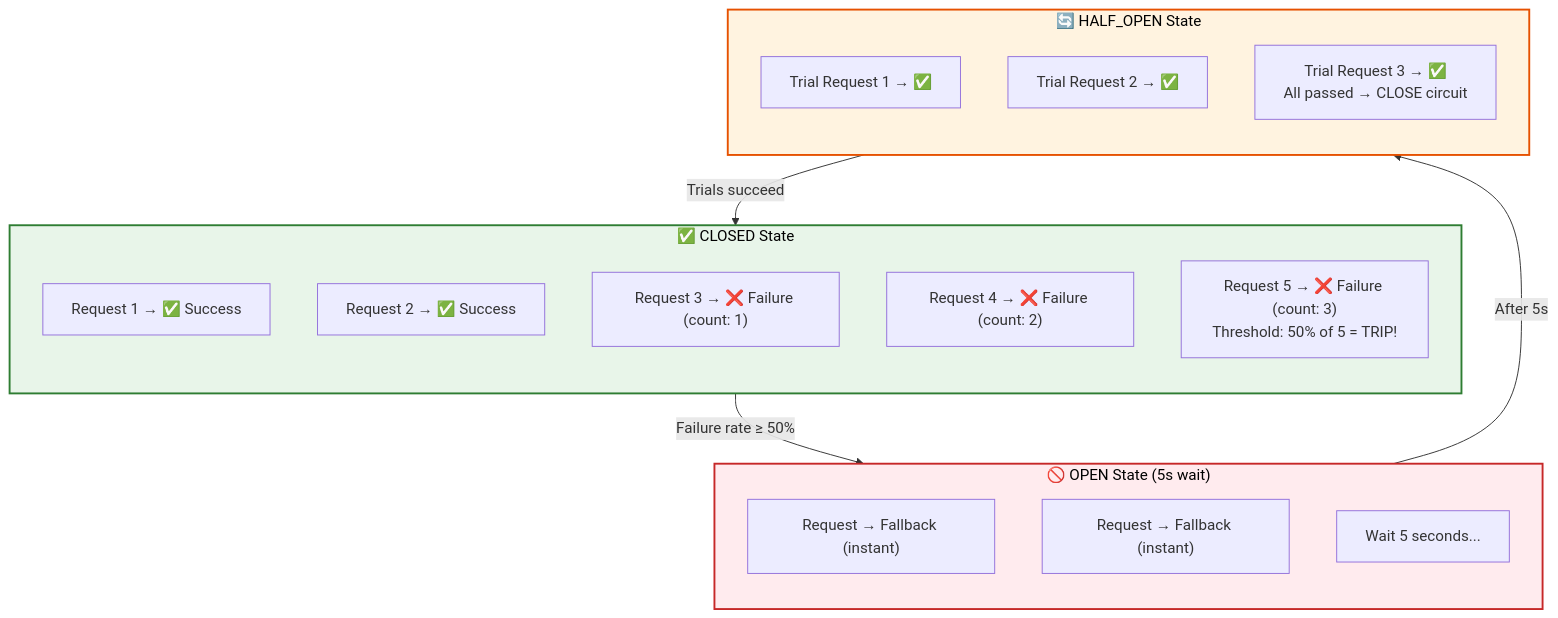
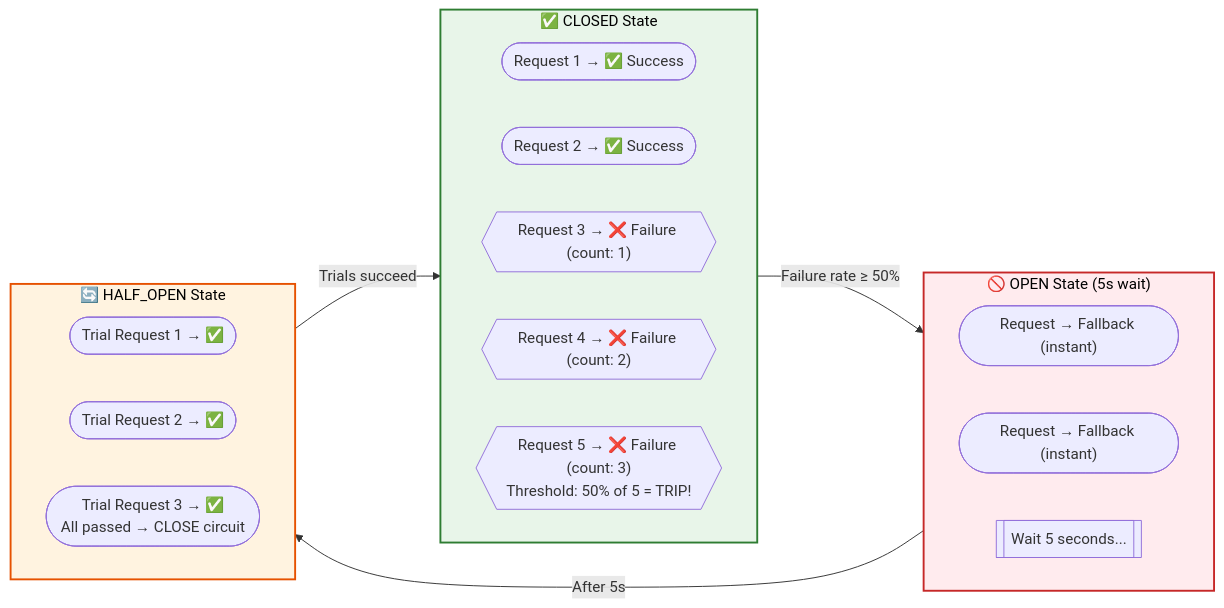
One commit to saivamsikaruturi/vamsilabs-dev-notes-main changed the third of 4 diagrams in docs/microservices/CircuitBreaker.md. Above: the diagram before and after it, drawn with Mermaid. The commit also changed 146 other files, not shown here.

Commit message:
Horizontal diagrams, UML class diagrams, typography overhaul, and permalink cleanup

````diff
--- a/docs/microservices/CircuitBreaker.md
+++ b/docs/microservices/CircuitBreaker.md
@@ -68,33 +68,33 @@
 ```mermaid
-flowchart TB
+flowchart LR
     subgraph Closed["✅ CLOSED State"]
-        direction TB
-        C1["Request 1 → ✅ Success"]
-        C2["Request 2 → ✅ Success"]
-        C3["Request 3 → ❌ Failure (count: 1)"]
-        C4["Request 4 → ❌ Failure (count: 2)"]
-        C5["Request 5 → ❌ Failure (count: 3)<br/>Threshold: 50% of 5 = TRIP!"]
+        direction LR
+        C1(["Request 1 → ✅ Success"])
+        C2(["Request 2 → ✅ Success"])
+        C3{{"Request 3 → ❌ Failure (count: 1)"}}
+        C4{{"Request 4 → ❌ Failure (count: 2)"}}
+        C5{{"Request 5 → ❌ Failure (count: 3)<br/>Threshold: 50% of 5 = TRIP!"}}
     end
     
     subgraph Open["🚫 OPEN State (5s wait)"]
-        direction TB
-        O1["Request → Fallback (instant)"]
-        O2["Request → Fallback (instant)"]
-        O3["Wait 5 seconds..."]
+        direction LR
+        O1(["Request → Fallback (instant)"])
+        O2(["Request → Fallback (instant)"])
+        O3[["Wait 5 seconds..."]]
     end
     
     subgraph HalfOpen["🔄 HALF_OPEN State"]
-        direction TB
-        H1["Trial Request 1 → ✅"]
-        H2["Trial Request 2 → ✅"]
-        H3["Trial Request 3 → ✅<br/>All passed → CLOSE circuit"]
+        direction LR
+        H1(["Trial Request 1 → ✅"])
+        H2(["Trial Request 2 → ✅"])
+        H3(["Trial Request 3 → ✅<br/>All passed → CLOSE circuit"])
     end
     
     Closed -->|"Failure rate ≥ 50%"| Open
     Open -->|"After 5s"| HalfOpen
     HalfOpen -->|"Trials succeed"| Closed
     
     style Closed fill:#E8F5E9,stroke:#2E7D32,stroke-width:2px,color:#000
     style Open fill:#FFEBEE,stroke:#C62828,stroke-width:2px,color:#000
     style HalfOpen fill:#FFF3E0,stroke:#E65100,stroke-width:2px,color:#000
 ```
````
